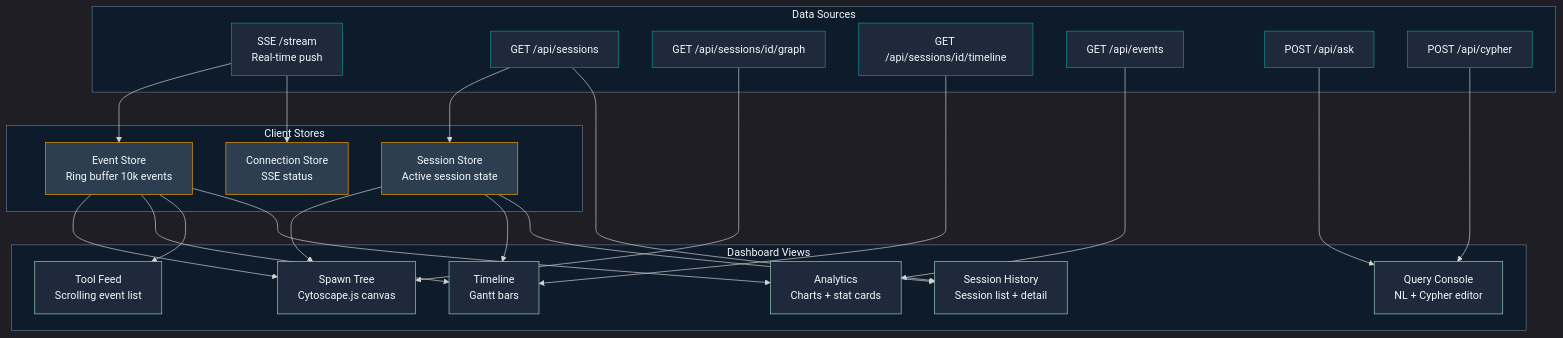
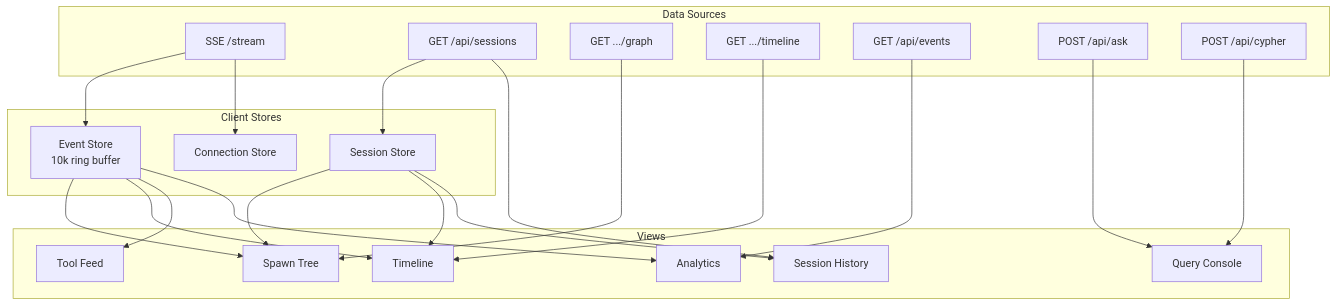
One commit to halcyondude/observable-claude changed the second of 2 diagrams in docs/ux.md. Above: the diagram before and after it, drawn with Mermaid. The commit also changed other lines of this file and 6 other files, not shown here.

First line of the commit message:
docs: rewrite with matt-voice, fix mermaid for github rendering

````diff
--- a/docs/ux.md
+++ b/docs/ux.md
@@ -72,55 +71,46 @@
 ```mermaid
-%%{init: {'theme': 'dark'}}%%
-flowchart TD
+flowchart TB
     subgraph SOURCES ["Data Sources"]
-        SSE["SSE /stream<br/>Real-time push"]:::source
-        REST_SESS["GET /api/sessions"]:::source
-        REST_GRAPH["GET /api/sessions/id/graph"]:::source
-        REST_TIME["GET /api/sessions/id/timeline"]:::source
-        REST_EVENTS["GET /api/events"]:::source
-        REST_ASK["POST /api/ask"]:::source
-        REST_CYPHER["POST /api/cypher"]:::source
+        SSE["SSE /stream"]
+        REST_S["GET /api/sessions"]
+        REST_G["GET .../graph"]
+        REST_T["GET .../timeline"]
+        REST_E["GET /api/events"]
+        REST_A["POST /api/ask"]
+        REST_C["POST /api/cypher"]
     end
 
     subgraph STORES ["Client Stores"]
-        EVT_STORE["Event Store<br/>Ring buffer 10k events"]:::store
-        SESS_STORE["Session Store<br/>Active session state"]:::store
-        CONN_STORE["Connection Store<br/>SSE status"]:::store
+        EVT["Event Store<br/>10k ring buffer"]
+        SESS["Session Store"]
+        CONN["Connection Store"]
     end
 
-    subgraph VIEWS ["Dashboard Views"]
-        V1["Spawn Tree<br/>Cytoscape.js canvas"]:::view
-        V2["Timeline<br/>Gantt bars"]:::view
-        V3["Tool Feed<br/>Scrolling event list"]:::view
-        V4["Analytics<br/>Charts + stat cards"]:::view
-        V5["Query Console<br/>NL + Cypher editor"]:::view
-        V6["Session History<br/>Session list + detail"]:::view
+    subgraph VIEWS ["Views"]
+        V1["Spawn Tree"]
+        V2["Timeline"]
+        V3["Tool Feed"]
+        V4["Analytics"]
+        V5["Query Console"]
+        V6["Session History"]
     end
 
-    SSE --> EVT_STORE
-    SSE --> CONN_STORE
-    REST_SESS --> SESS_STORE
-    REST_SESS --> V6
+    SSE --> EVT
+    SSE --> CONN
+    REST_S --> SESS
+    REST_S --> V6
 
-    EVT_STORE --> V1
-    EVT_STORE --> V2
-    EVT_STORE --> V3
-    EVT_STORE --> V4
+    EVT --> V1
+    EVT --> V2
+    EVT --> V3
+    EVT --> V4
 
-    REST_GRAPH --> V1
-    REST_TIME --> V2
-    REST_EVENTS --> V4
-    REST_ASK --> V5
-    REST_CYPHER --> V5
-    SESS_STORE --> V1
-    SESS_STORE --> V2
-    SESS_STORE --> V6
-
-    classDef source fill:#1E293B,stroke:#0A9396,color:#F4F8FB
-    classDef store fill:#2D3E50,stroke:#EE9B00,color:#F4F8FB
-    classDef view fill:#1E293B,stroke:#94D2BD,color:#F4F8FB
-
-    style SOURCES fill:#0D1B2A,stroke:#64748B,color:#F4F8FB
-    style STORES fill:#0D1B2A,stroke:#64748B,color:#F4F8FB
-    style VIEWS fill:#0D1B2A,stroke:#64748B,color:#F4F8FB
+    REST_G --> V1
+    REST_T --> V2
+    REST_E --> V4
+    REST_A --> V5
+    REST_C --> V5
+    SESS --> V1
+    SESS --> V2
+    SESS --> V6
 ```
````
